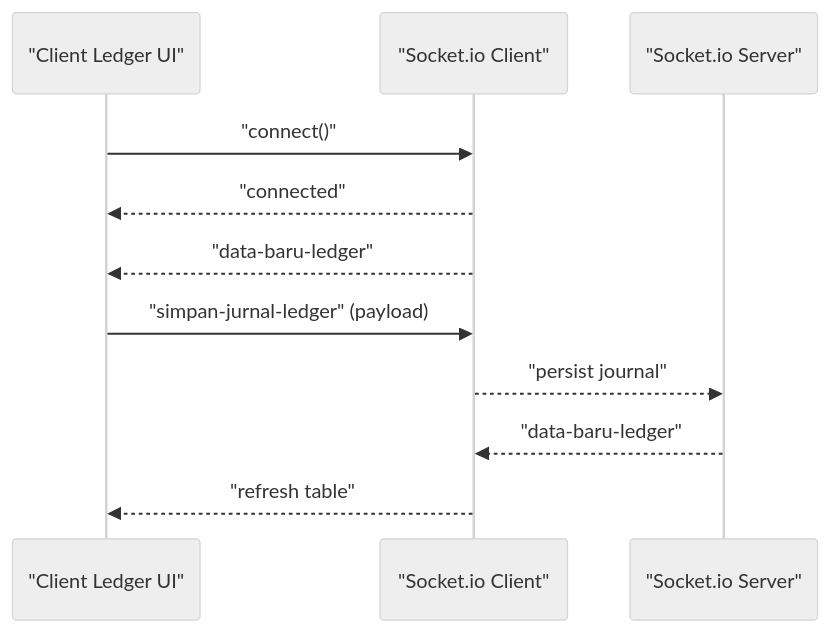
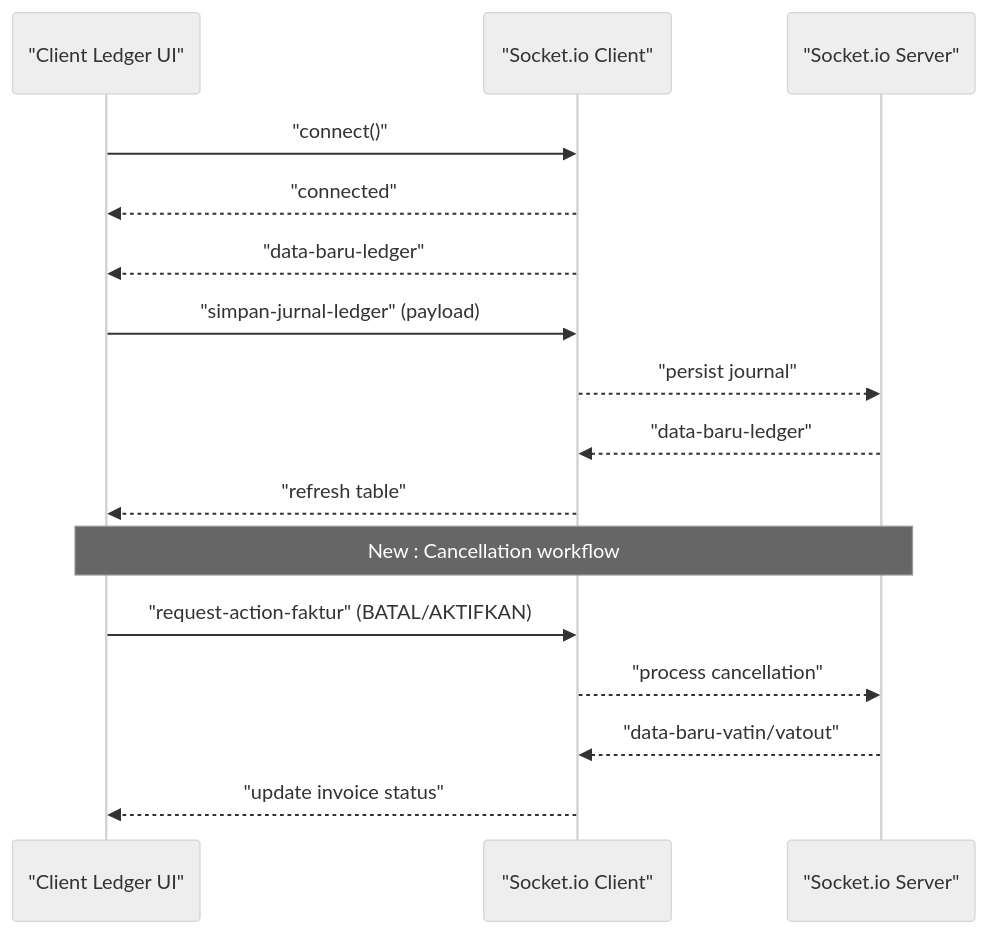
One commit to rendisiagian/TDS_by_RENDISIAGIAN changed the seventh of 9 diagrams in .qoder/repowiki/en/content/API Reference/Socket.io Events.md. Above: the diagram before and after it, drawn with Mermaid (neutral theme). The commit also changed other lines of this file and 38 other files, not shown here.

First line of the commit message:
feat(database): add invoice cancellation tracking and enhance JO member allocation

````diff
--- a/.qoder/repowiki/en/content/API Reference/Socket.io Events.md
+++ b/.qoder/repowiki/en/content/API Reference/Socket.io Events.md
@@ -259,13 +345,18 @@
 ```mermaid
 sequenceDiagram
 participant UI as "Client Ledger UI"
 participant Socket as "Socket.io Client"
 participant Server as "Socket.io Server"
 UI->>Socket : "connect()"
 Socket-->>UI : "connected"
 Socket-->>UI : "data-baru-ledger"
 UI->>Socket : "simpan-jurnal-ledger" (payload)
 Socket-->>Server : "persist journal"
 Server-->>Socket : "data-baru-ledger"
 Socket-->>UI : "refresh table"
+Note over UI,Server : New : Cancellation workflow
+UI->>Socket : "request-action-faktur" (BATAL/AKTIFKAN)
+Socket-->>Server : "process cancellation"
+Server-->>Socket : "data-baru-vatin/vatout"
+Socket-->>UI : "update invoice status"
 ```
````
